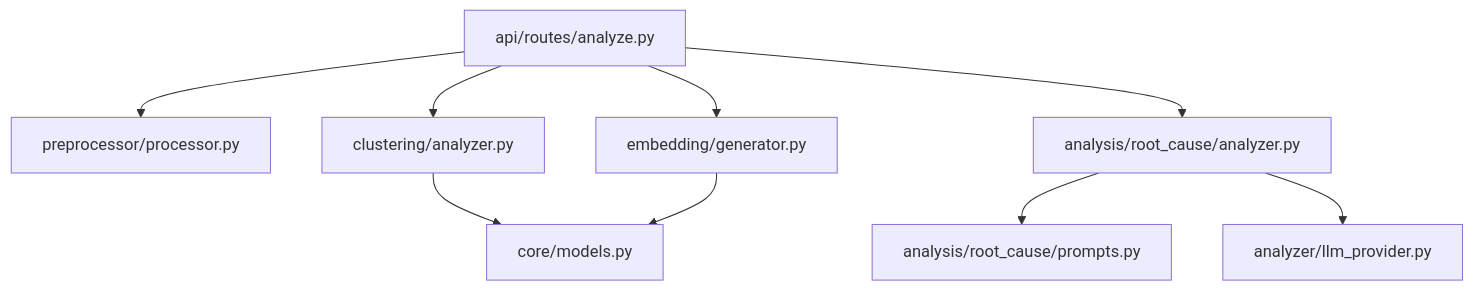
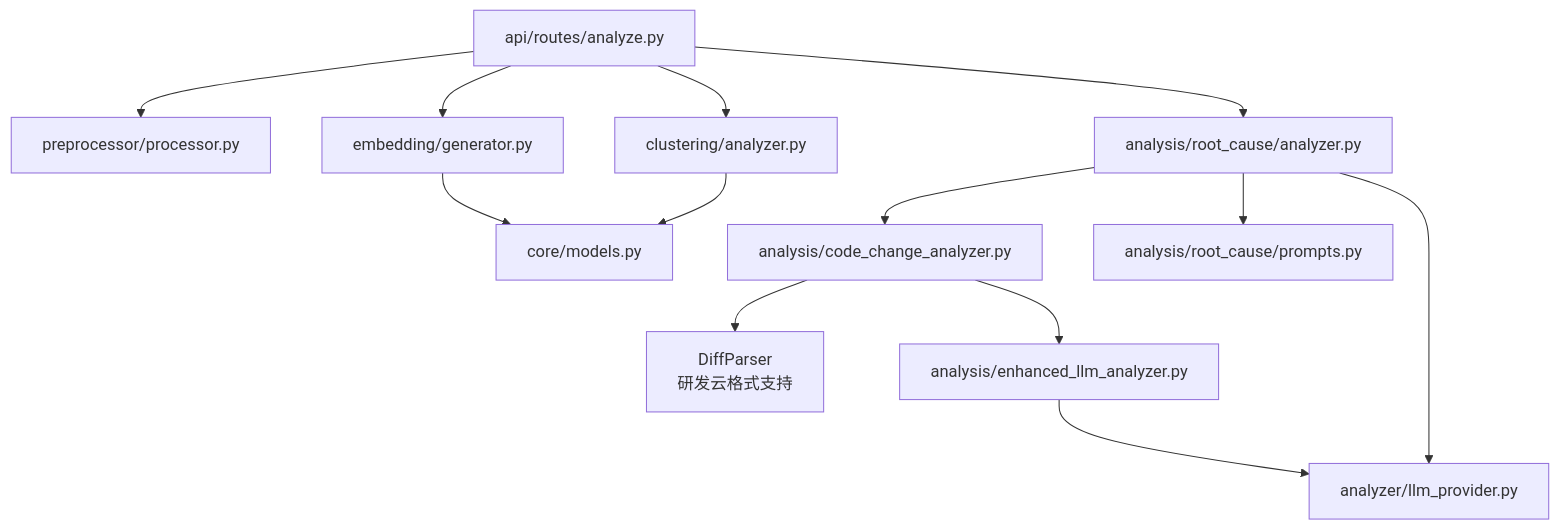
Before and after one commit to boyingliu01/fault-review-analyzer: the eighth of 8 diagrams in .qoder/repowiki/zh/content/数据分析引擎/数据分析引擎.md, drawn with Mermaid. The commit also changed other lines of this file and 125 other files, not shown here.

````diff
--- a/.qoder/repowiki/zh/content/数据分析引擎/数据分析引擎.md
+++ b/.qoder/repowiki/zh/content/数据分析引擎/数据分析引擎.md
@@ -328,11 +438,15 @@
 ```mermaid
 graph TB
 API["api/routes/analyze.py"] --> PRE["preprocessor/processor.py"]
 API --> EMB["embedding/generator.py"]
 API --> CLU["clustering/analyzer.py"]
 API --> RCA["analysis/root_cause/analyzer.py"]
+RCA --> CCA["analysis/code_change_analyzer.py"]
 RCA --> PROMPT["analysis/root_cause/prompts.py"]
 RCA --> LLM["analyzer/llm_provider.py"]
+CCA --> DIFF["DiffParser<br/>研发云格式支持"]
+CCA --> ELLM["analysis/enhanced_llm_analyzer.py"]
+ELLM --> LLM
 CLU --> CORE["core/models.py"]
 EMB --> CORE
 ```
````
